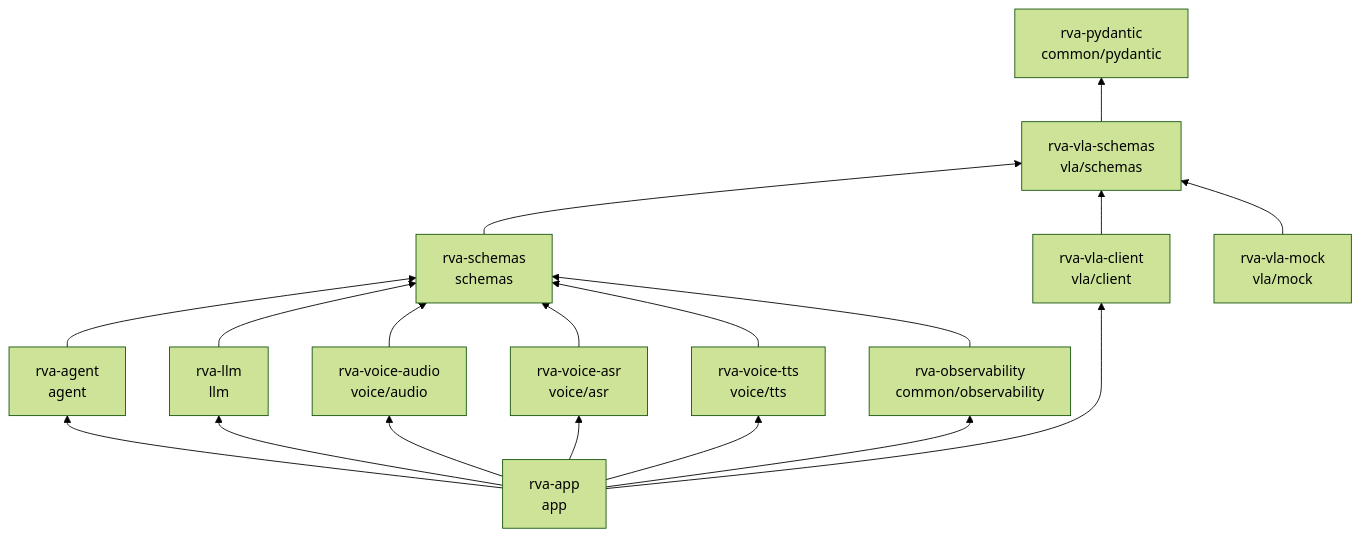
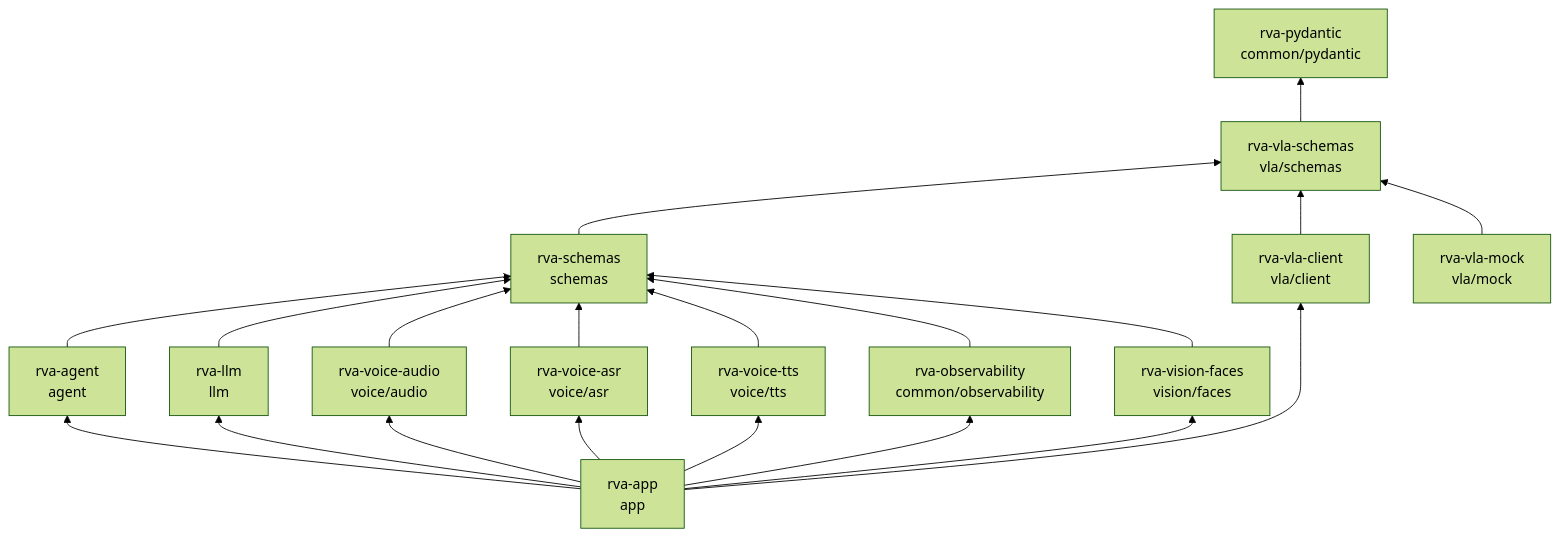
One commit to lokiledev/robot-voice-agent changed the third of 3 diagrams in docs/ARCHITECTURE.md. Above: the diagram before and after it, drawn with Mermaid (forest theme). The commit also changed other lines of this file and 36 other files, not shown here.

````diff
--- a/docs/ARCHITECTURE.md
+++ b/docs/ARCHITECTURE.md
@@ -145,26 +162,28 @@
 ```mermaid
 flowchart BT
     PYD["rva-pydantic<br/>common/pydantic"]
     VLAS["rva-vla-schemas<br/>vla/schemas"]
     SCH["rva-schemas<br/>schemas"]
     VLAC["rva-vla-client<br/>vla/client"]
     MOCK["rva-vla-mock<br/>vla/mock"]
     AGENT["rva-agent<br/>agent"]
     LLM["rva-llm<br/>llm"]
     AUD["rva-voice-audio<br/>voice/audio"]
     ASR["rva-voice-asr<br/>voice/asr"]
     TTS["rva-voice-tts<br/>voice/tts"]
     OBS["rva-observability<br/>common/observability"]
+    VIS["rva-vision-faces<br/>vision/faces"]
     APP["rva-app<br/>app"]
     VLAS --> PYD
     SCH --> VLAS
     VLAC --> VLAS
     MOCK --> VLAS
     AGENT --> SCH
     LLM --> SCH
     AUD --> SCH
     ASR --> SCH
     TTS --> SCH
     OBS --> SCH
-    APP --> AGENT & LLM & AUD & ASR & TTS & OBS & VLAC
+    VIS --> SCH
+    APP --> AGENT & LLM & AUD & ASR & TTS & OBS & VLAC & VIS
 ```
````
